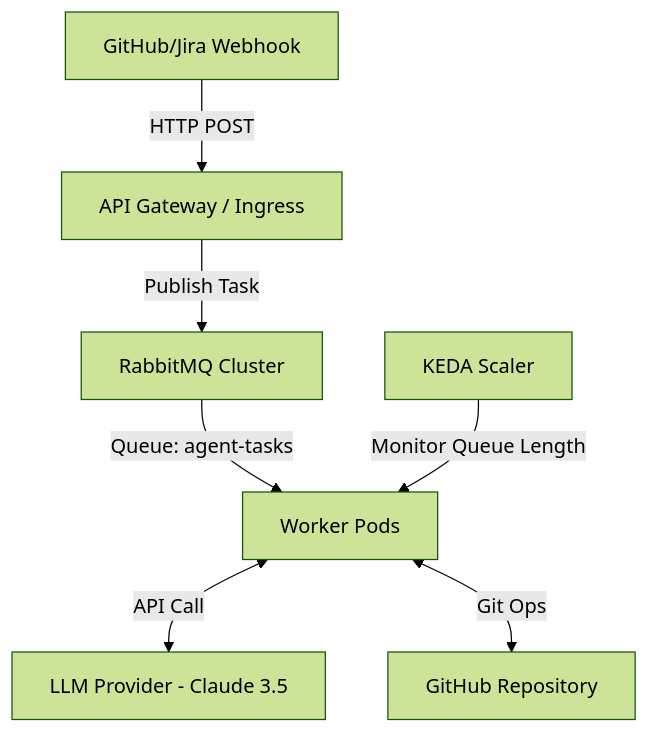
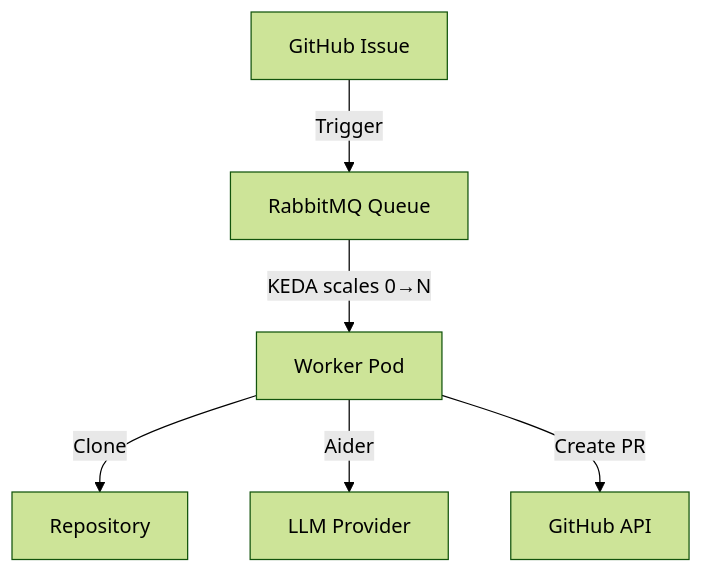
Before and after one commit to JuanmaBM/ai-coding-agent: the diagram in README.md, drawn with Mermaid (forest theme). The commit also changed other lines of this file and 4 other files, not shown here.

````diff
--- a/README.md
+++ b/README.md
@@ -60,10 +40,8 @@
 ```mermaid
 graph TD
-    A[GitHub/Jira Webhook] -->|HTTP POST| B[API Gateway / Ingress]
-    B -->|Publish Task| C[RabbitMQ Cluster]
-    C -->|Queue: agent-tasks| D[Worker Pods]
-    E[KEDA Scaler] -->|Monitor Queue Length| D
-    D <-->|API Call| F[LLM Provider - Claude 3.5]
-    D <-->|Git Ops| G[GitHub Repository]
-
+    A[GitHub Issue] -->|Trigger| B[RabbitMQ Queue]
+    B -->|KEDA scales 0→N| C[Worker Pod]
+    C -->|Clone| D[Repository]
+    C -->|Aider| E[LLM Provider]
+    C -->|Create PR| F[GitHub API]
 ```
````
